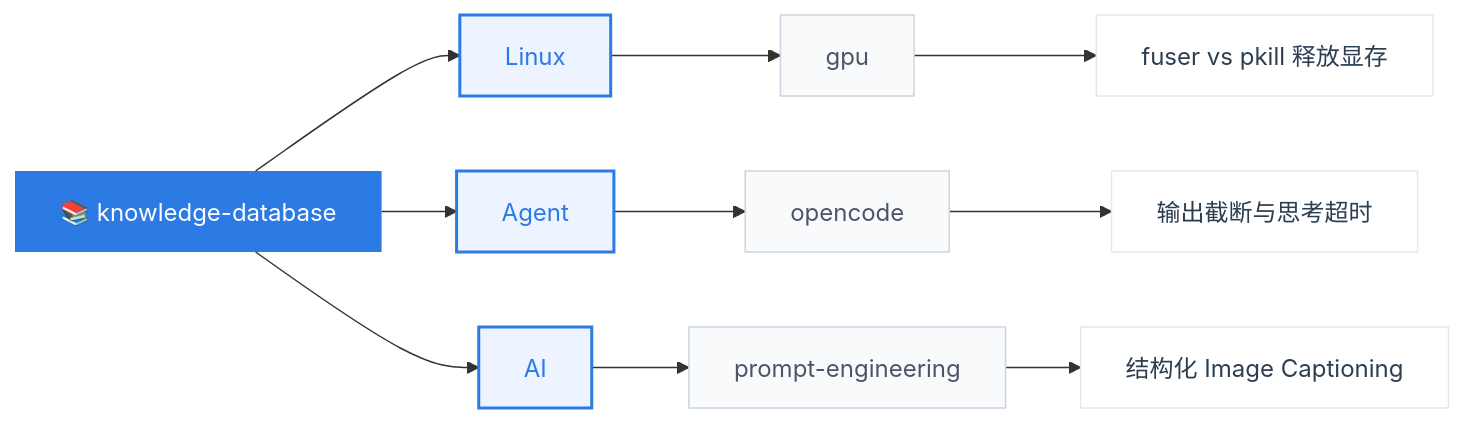
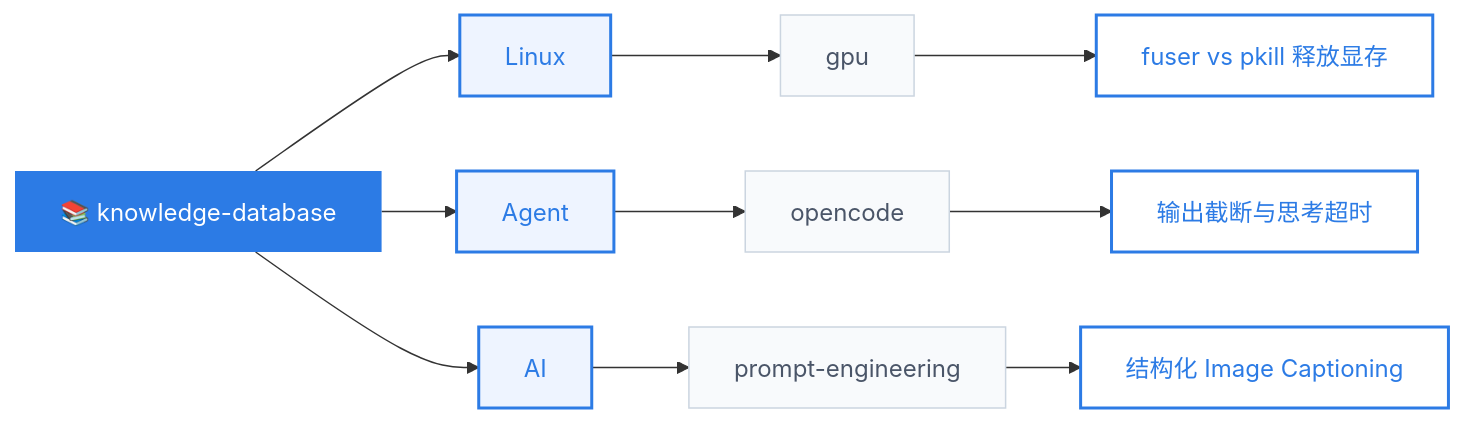
One commit to caseclose/knowledge-database changed the diagram in README.md. Above: the diagram before and after it, drawn with Mermaid. The commit also changed other lines of this file and 1 other file, not shown here.

Commit message:
feat: Mermaid 图表叶子节点可点击跳转

````diff
--- a/README.md
+++ b/README.md
@@ -11,25 +11,29 @@
 ```mermaid
 graph LR
     KB["📚 knowledge-database"] --> Linux["Linux"]
     KB --> Agent["Agent"]
     KB --> AI["AI"]
 
     Linux --> GPU["gpu"]
     GPU --> K1["fuser vs pkill 释放显存"]
 
     Agent --> OC["opencode"]
     OC --> K2["输出截断与思考超时"]
 
     AI --> PE["prompt-engineering"]
     PE --> K3["结构化 Image Captioning"]
 
     classDef root fill:#2c7be5,color:#fff,stroke:none
     classDef category fill:#eef4ff,color:#2c7be5,stroke:#2c7be5,stroke-width:2px
     classDef sub fill:#f8fafc,color:#4a5568,stroke:#cbd5e0,stroke-width:1px
-    classDef knowledge fill:#fff,color:#2c3e50,stroke:#e2e8f0,stroke-width:1px
+    classDef knowledge fill:#fff,color:#2c7be5,stroke:#2c7be5,stroke-width:2px
 
     class KB root
     class Linux,Agent,AI category
     class GPU,OC,PE sub
     class K1,K2,K3 knowledge
+
+    click K1 href "#/linux/gpu/fuser-vs-pkill-release-gpu-memory"
+    click K2 href "#/agent/opencode/output-truncation-and-thinking-timeout"
+    click K3 href "#/ai/prompt-engineering/structured-image-captioning"
 ```
````
